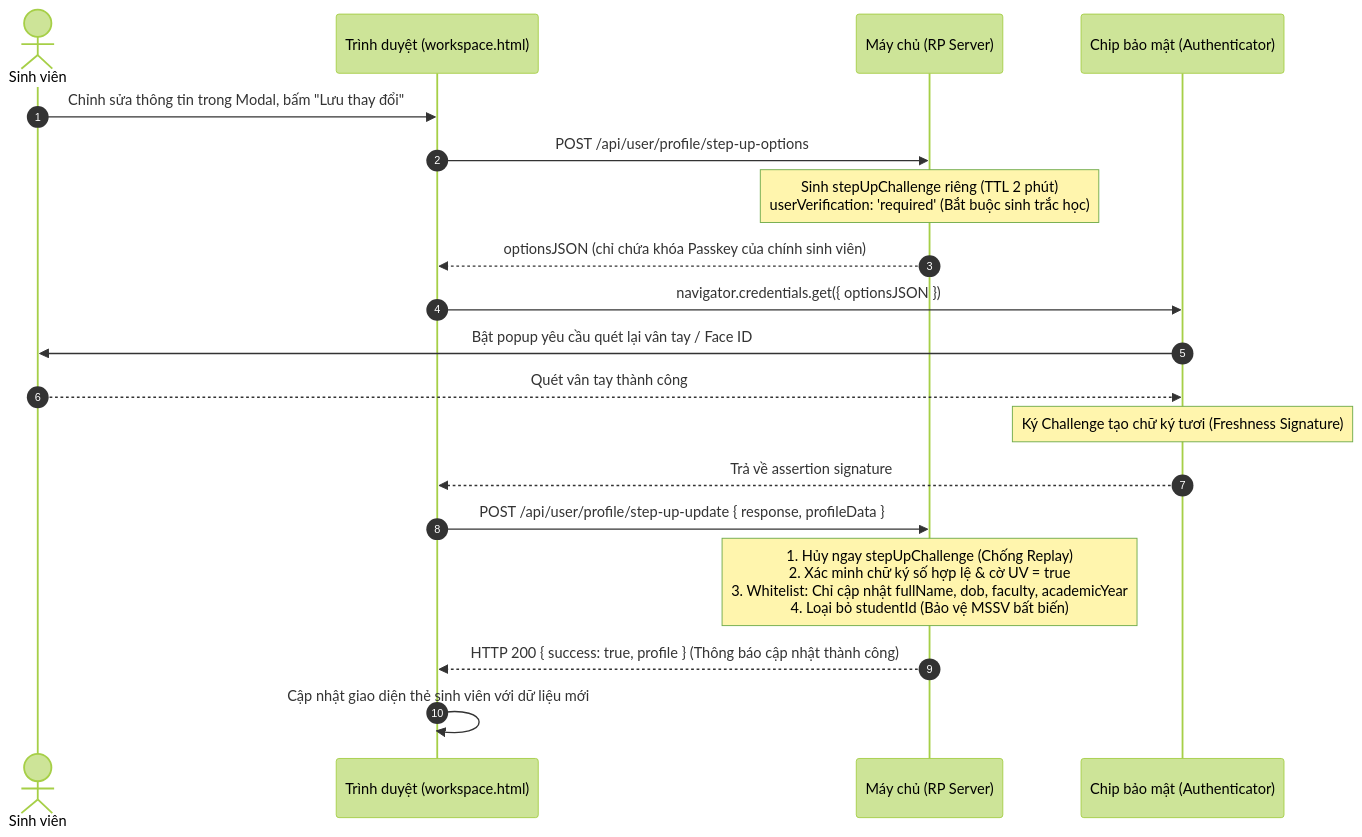
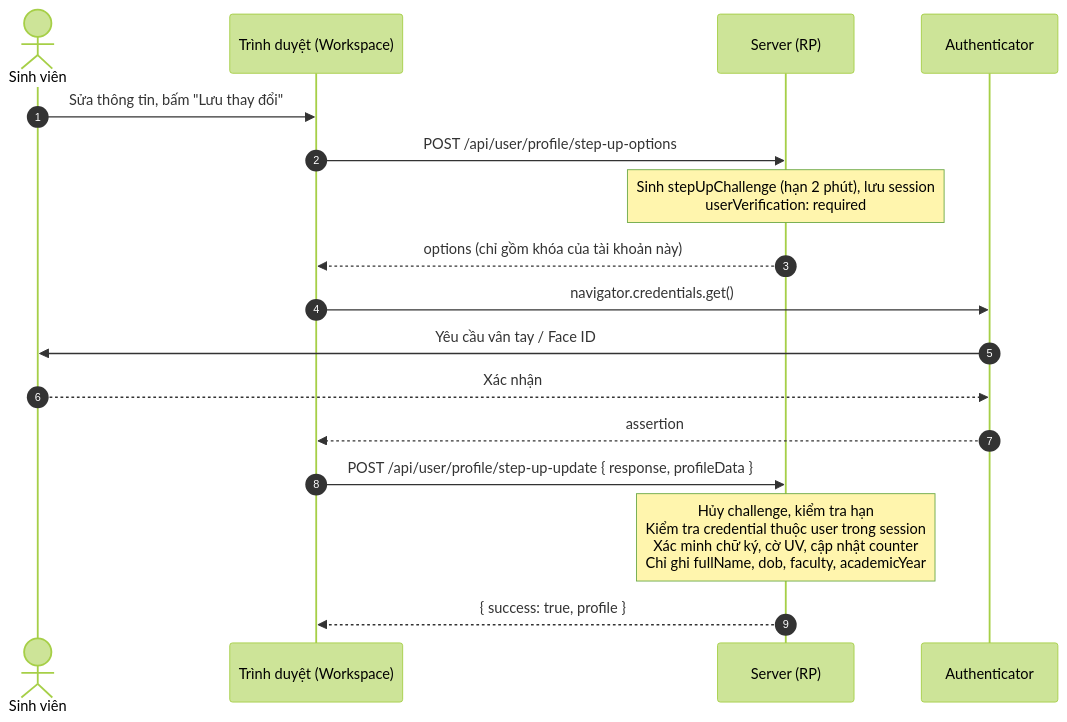
One commit to nguyenquockiet2462005/fido2 changed the third of 3 diagrams in README.md. Above: the diagram before and after it, drawn with Mermaid (forest theme). The commit also changed other lines of this file, not shown here.

````diff
--- a/README.md
+++ b/README.md
@@ -166,22 +161,20 @@
 ```mermaid
 sequenceDiagram
     autonumber
     actor U as Sinh viên
-    participant C as Trình duyệt (workspace.html)
-    participant S as Máy chủ (RP Server)
-    participant A as Chip bảo mật (Authenticator)
+    participant C as Trình duyệt (Workspace)
+    participant S as Server (RP)
+    participant A as Authenticator
 
-    U->>C: Chỉnh sửa thông tin trong Modal, bấm "Lưu thay đổi"
+    U->>C: Sửa thông tin, bấm "Lưu thay đổi"
     C->>S: POST /api/user/profile/step-up-options
-    Note over S: Sinh stepUpChallenge riêng (TTL 2 phút)<br/>userVerification: 'required' (Bắt buộc sinh trắc học)
-    S-->>C: optionsJSON (chỉ chứa khóa Passkey của chính sinh viên)
-    C->>A: navigator.credentials.get({ optionsJSON })
-    A->>U: Bật popup yêu cầu quét lại vân tay / Face ID
-    U-->>A: Quét vân tay thành công
-    Note over A: Ký Challenge tạo chữ ký tươi (Freshness Signature)
-    A-->>C: Trả về assertion signature
+    Note over S: Sinh stepUpChallenge (hạn 2 phút), lưu session<br/>userVerification: required
+    S-->>C: options (chỉ gồm khóa của tài khoản này)
+    C->>A: navigator.credentials.get()
+    A->>U: Yêu cầu vân tay / Face ID
+    U-->>A: Xác nhận
+    A-->>C: assertion
     C->>S: POST /api/user/profile/step-up-update { response, profileData }
-    Note over S: 1. Hủy ngay stepUpChallenge (Chống Replay)<br/>2. Xác minh chữ ký số hợp lệ & cờ UV = true<br/>3. Whitelist: Chỉ cập nhật fullName, dob, faculty, academicYear<br/>4. Loại bỏ studentId (Bảo vệ MSSV bất biến)
-    S-->>C: HTTP 200 { success: true, profile } (Thông báo cập nhật thành công)
-    C->>C: Cập nhật giao diện thẻ sinh viên với dữ liệu mới
+    Note over S: Hủy challenge, kiểm tra hạn<br/>Kiểm tra credential thuộc user trong session<br/>Xác minh chữ ký, cờ UV, cập nhật counter<br/>Chỉ ghi fullName, dob, faculty, academicYear
+    S-->>C: { success: true, profile }
 ```
````
